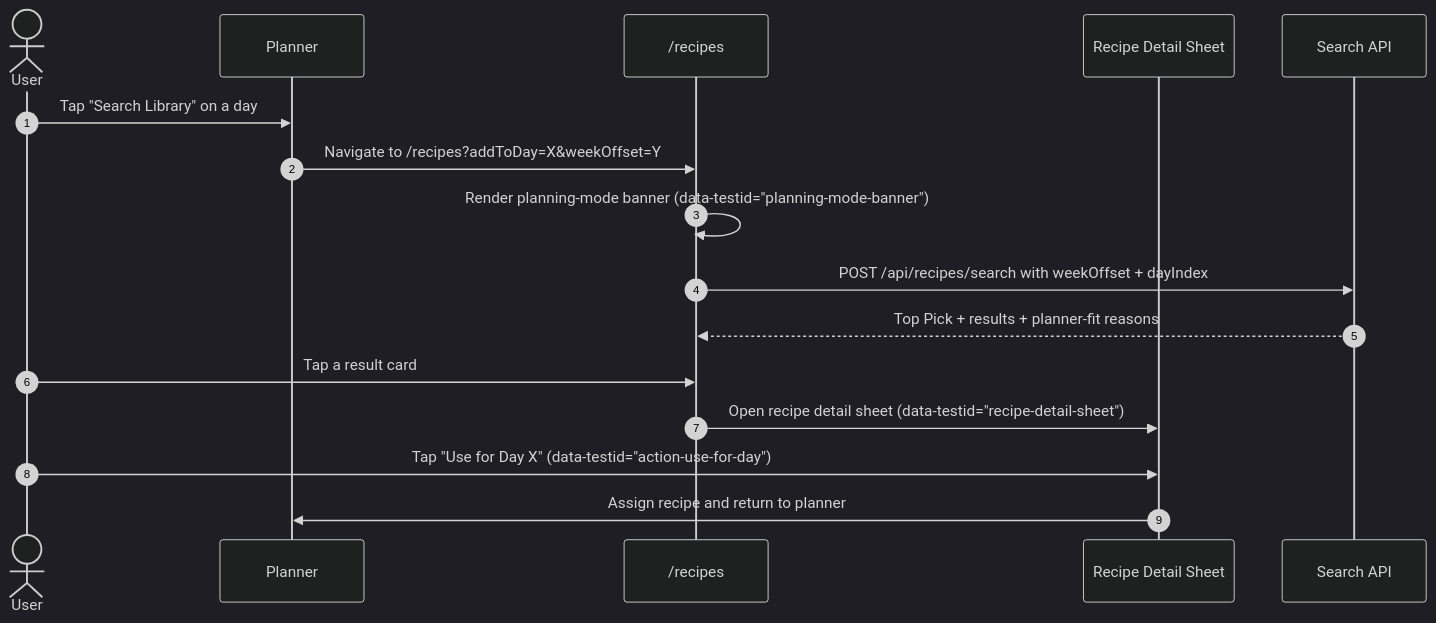
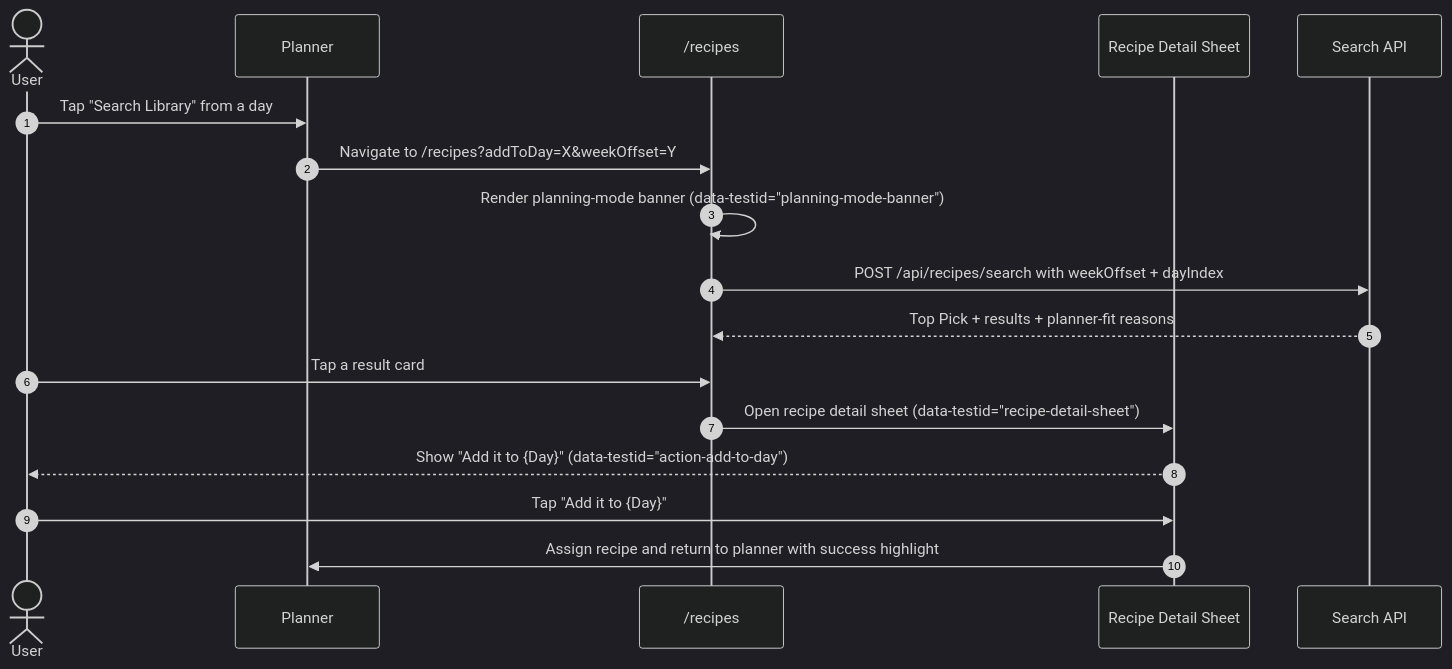
The second of 6 diagrams in docs/flows/user-flows/recipe-search-and-library-recovery.md (AlexandreBrisebois/whats-for-supper), drawn with Mermaid (dark theme) before and after one commit. The commit also changed other lines of this file and 17 other files, not shown here.

First line of the commit message:
feat: update recipe action buttons and add action pivot for planning

````diff
--- a/docs/flows/user-flows/recipe-search-and-library-recovery.md
+++ b/docs/flows/user-flows/recipe-search-and-library-recovery.md
@@ -88,19 +90,20 @@
 ```mermaid
 sequenceDiagram
     autonumber
     actor User
     participant Planner
     participant Search as /recipes
     participant Detail as Recipe Detail Sheet
     participant API as Search API
 
-    User->>Planner: Tap "Search Library" on a day
+    User->>Planner: Tap "Search Library" from a day
     Planner->>Search: Navigate to /recipes?addToDay=X&weekOffset=Y
     Search->>Search: Render planning-mode banner (data-testid="planning-mode-banner")
     Search->>API: POST /api/recipes/search with weekOffset + dayIndex
     API-->>Search: Top Pick + results + planner-fit reasons
     User->>Search: Tap a result card
     Search->>Detail: Open recipe detail sheet (data-testid="recipe-detail-sheet")
-    User->>Detail: Tap "Use for Day X" (data-testid="action-use-for-day")
-    Detail->>Planner: Assign recipe and return to planner
+    Detail-->>User: Show "Add it to {Day}" (data-testid="action-add-to-day")
+    User->>Detail: Tap "Add it to {Day}"
+    Detail->>Planner: Assign recipe and return to planner with success highlight
 ```
````
